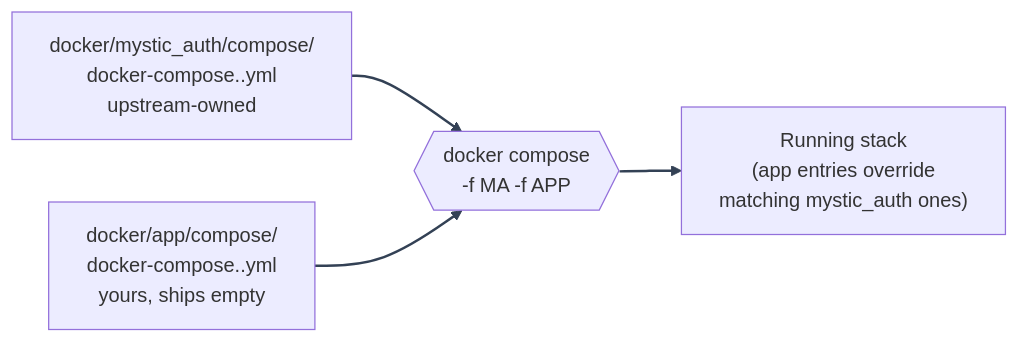
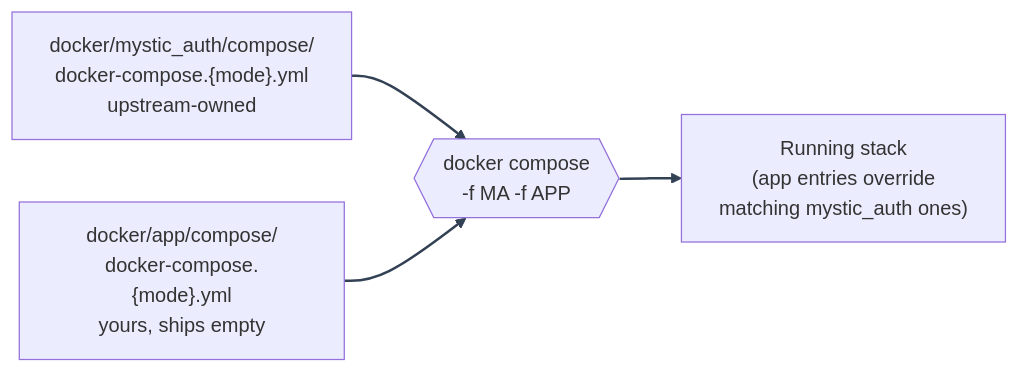
One commit to Nachiket-2024/mystic-auth changed the diagram in docs/mystic_auth/docker/compose-modes.md. Above: the diagram before and after it, drawn with Mermaid. The commit also changed other lines of this file and 497 other files, not shown here.

````diff
--- a/docs/mystic_auth/docker/compose-modes.md
+++ b/docs/mystic_auth/docker/compose-modes.md
@@ -66,12 +66,12 @@
 ```mermaid
 %%{init: {"themeVariables": {"lineColor": "#334155"}} }%%
 flowchart LR
-    MA["docker/mystic_auth/compose/\ndocker-compose.<mode>.yml\nupstream-owned"]
-    APP["docker/app/compose/\ndocker-compose.<mode>.yml\nyours, ships empty"]
+    MA["docker/mystic_auth/compose/\ndocker-compose.{mode}.yml\nupstream-owned"]
+    APP["docker/app/compose/\ndocker-compose.{mode}.yml\nyours, ships empty"]
     MERGE{{"docker compose\n-f MA -f APP"}}
     RUN["Running stack\n(app entries override\nmatching mystic_auth ones)"]
     MA --> MERGE
     APP --> MERGE
     MERGE --> RUN
     linkStyle default stroke:#334155,stroke-width:2px
 ```
````
